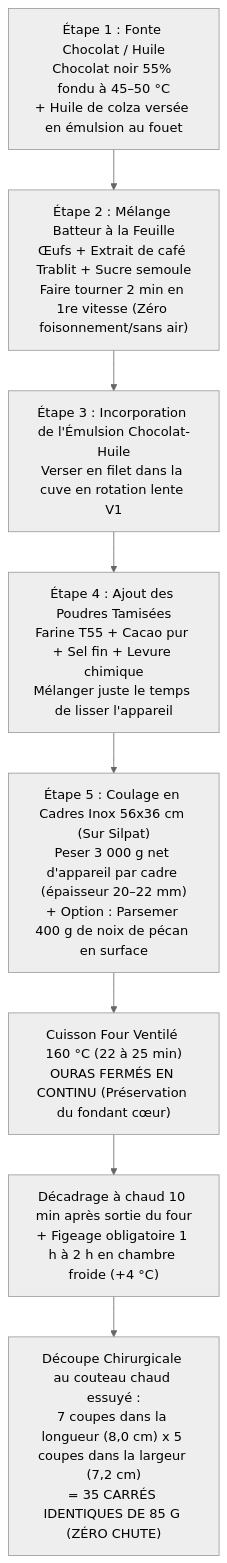
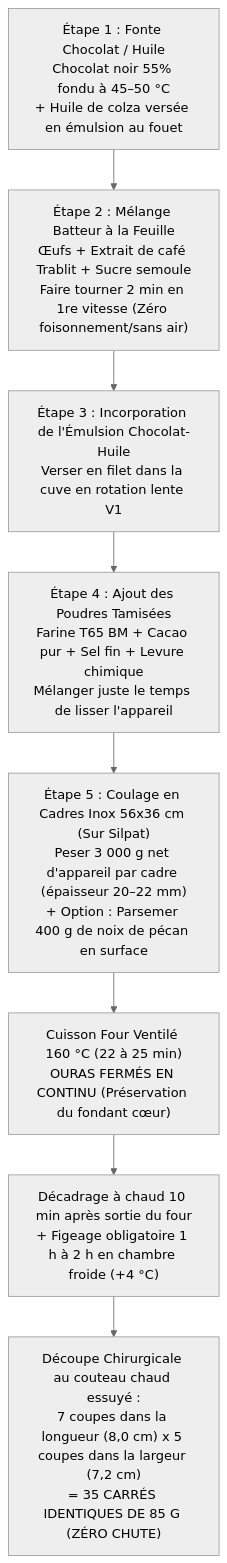
The diagram in recettes/catalogue/brownie-fondant-chocolat.md (jri561/laboratoire-tourage-boulangerie), drawn with Mermaid (neutral theme) before and after one commit. The commit also changed other lines of this file and 17 other files, not shown here.

````diff
--- a/recettes/catalogue/brownie-fondant-chocolat.md
+++ b/recettes/catalogue/brownie-fondant-chocolat.md
@@ -56,11 +56,11 @@
 ```mermaid
 flowchart TD
     A["Étape 1 : Fonte Chocolat / Huile\nChocolat noir 55% fondu à 45–50 °C\n+ Huile de colza versée en émulsion au fouet"]
     --> B["Étape 2 : Mélange Batteur à la Feuille\nŒufs + Extrait de café Trablit + Sucre semoule\nFaire tourner 2 min en 1re vitesse (Zéro foisonnement/sans air)"]
     --> C["Étape 3 : Incorporation de l'Émulsion Chocolat-Huile\nVerser en filet dans la cuve en rotation lente V1"]
-    --> D["Étape 4 : Ajout des Poudres Tamisées\nFarine T55 + Cacao pur + Sel fin + Levure chimique\nMélanger juste le temps de lisser l'appareil"]
+    --> D["Étape 4 : Ajout des Poudres Tamisées\nFarine T65 BM + Cacao pur + Sel fin + Levure chimique\nMélanger juste le temps de lisser l'appareil"]
     --> E["Étape 5 : Coulage en Cadres Inox 56x36 cm (Sur Silpat)\nPeser 3 000 g net d'appareil par cadre (épaisseur 20–22 mm)\n+ Option : Parsemer 400 g de noix de pécan en surface"]
     --> F["Cuisson Four Ventilé 160 °C (22 à 25 min)\nOURAS FERMÉS EN CONTINU (Préservation du fondant cœur)"]
     --> G["Décadrage à chaud 10 min après sortie du four\n+ Figeage obligatoire 1 h à 2 h en chambre froide (+4 °C)"]
     --> H["Découpe Chirurgicale au couteau chaud essuyé :\n7 coupes dans la longueur (8,0 cm) x 5 coupes dans la largeur (7,2 cm)\n= 35 CARRÉS IDENTIQUES DE 85 G (ZÉRO CHUTE)"]
 ```
````
